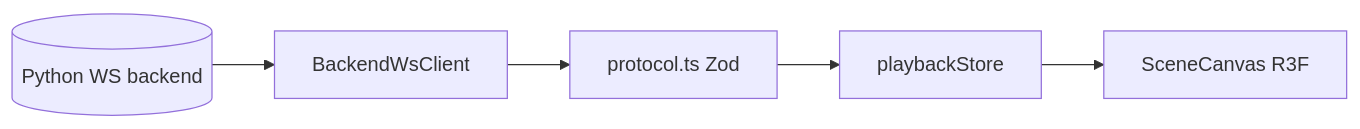
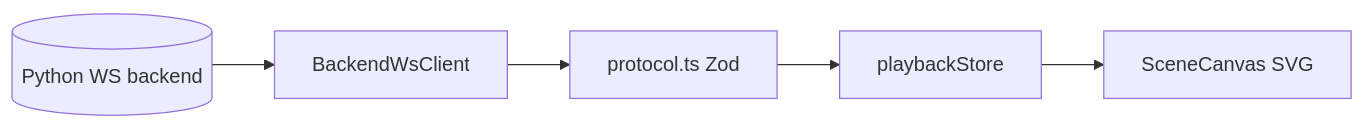
Before and after one commit to fdominik98/SceneGEMS: the diagram in frontend/ARCHITECTURE.md, drawn with Mermaid. The commit also changed other lines of this file and 1028 other files, not shown here.

````diff
--- a/frontend/ARCHITECTURE.md
+++ b/frontend/ARCHITECTURE.md
@@ -170,9 +194,9 @@
 ```mermaid
 flowchart LR
   Backend[(Python WS backend)]
   WS[BackendWsClient]
   Protocol[protocol.ts Zod]
   Playback[playbackStore]
-  Scene[SceneCanvas R3F]
+  Scene[SceneCanvas SVG]
   Backend --> WS --> Protocol --> Playback --> Scene
 ```
````
